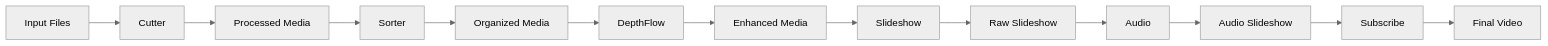
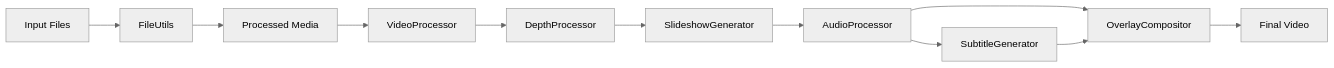
Before and after one commit to aproxis/VideoCutter: the second of 4 diagrams in memory-bank/systemPatterns.md, drawn with Mermaid (neutral theme). The commit also changed other lines of this file and 6 other files, not shown here.

````diff
--- a/memory-bank/systemPatterns.md
+++ b/memory-bank/systemPatterns.md
@@ -153,15 +179,13 @@
 ```mermaid
 graph LR
-    Input[Input Files] --> Cutter
-    Cutter --> ProcessedMedia[Processed Media]
-    ProcessedMedia --> Sorter
-    Sorter --> OrganizedMedia[Organized Media]
-    OrganizedMedia --> DepthFlow
-    DepthFlow --> EnhancedMedia[Enhanced Media]
-    EnhancedMedia --> Slideshow
-    Slideshow --> RawSlideshow[Raw Slideshow]
-    RawSlideshow --> Audio
-    Audio --> AudioSlideshow[Audio Slideshow]
-    AudioSlideshow --> Subscribe
-    Subscribe --> FinalVideo[Final Video]
+    Input[Input Files] --> FileUtils
+    FileUtils --> ProcessedMedia[Processed Media]
+    ProcessedMedia --> VideoProcessor
+    VideoProcessor --> DepthProcessor
+    DepthProcessor --> SlideshowGenerator
+    SlideshowGenerator --> AudioProcessor
+    AudioProcessor --> SubtitleGenerator
+    AudioProcessor --> OverlayCompositor
+    SubtitleGenerator --> OverlayCompositor
+    OverlayCompositor --> FinalVideo[Final Video]
 ```
````
